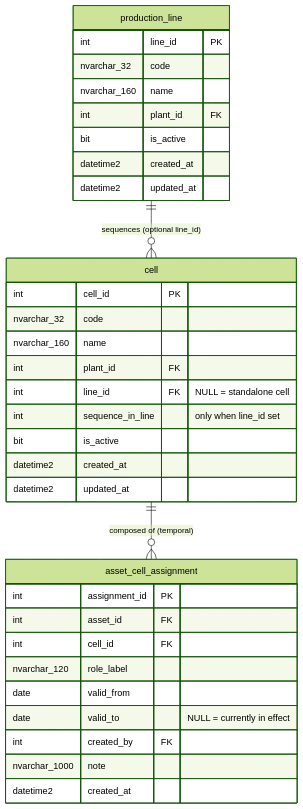
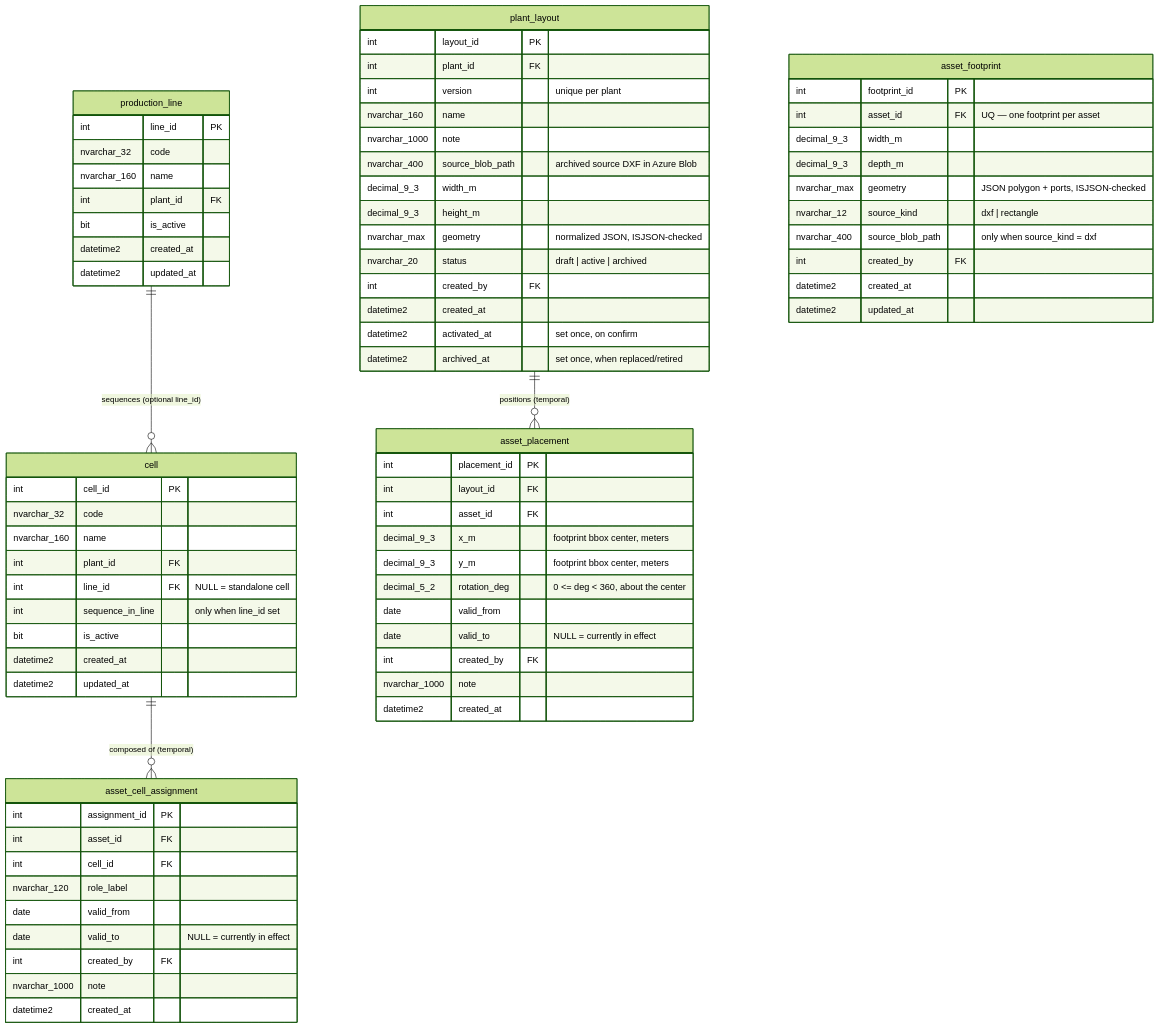
The diagram in docs/database/erd/production.md (AndresDRamos/EBI-WEB), drawn with Mermaid (forest theme) before and after one commit. The commit also changed other lines of this file and 9 other files, not shown here.

First line of the commit message:
docs(plans): cierra plan plant-layout-foundation

````diff
--- a/docs/database/erd/production.md
+++ b/docs/database/erd/production.md
@@ -46,8 +47,53 @@
         datetime2 created_at
     }
 
+    plant_layout {
+        int layout_id PK
+        int plant_id FK
+        int version "unique per plant"
+        nvarchar_160 name
+        nvarchar_1000 note
+        nvarchar_400 source_blob_path "archived source DXF in Azure Blob"
+        decimal_9_3 width_m
+        decimal_9_3 height_m
+        nvarchar_max geometry "normalized JSON, ISJSON-checked"
+        nvarchar_20 status "draft | active | archived"
+        int created_by FK
+        datetime2 created_at
+        datetime2 activated_at "set once, on confirm"
+        datetime2 archived_at "set once, when replaced/retired"
+    }
+
+    asset_footprint {
+        int footprint_id PK
+        int asset_id FK "UQ — one footprint per asset"
+        decimal_9_3 width_m
+        decimal_9_3 depth_m
+        nvarchar_max geometry "JSON polygon + ports, ISJSON-checked"
+        nvarchar_12 source_kind "dxf | rectangle"
+        nvarchar_400 source_blob_path "only when source_kind = dxf"
+        int created_by FK
+        datetime2 created_at
+        datetime2 updated_at
+    }
+
+    asset_placement {
+        int placement_id PK
+        int layout_id FK
+        int asset_id FK
+        decimal_9_3 x_m "footprint bbox center, meters"
+        decimal_9_3 y_m "footprint bbox center, meters"
+        decimal_5_2 rotation_deg "0 <= deg < 360, about the center"
+        date valid_from
+        date valid_to "NULL = currently in effect"
+        int created_by FK
+        nvarchar_1000 note
+        datetime2 created_at
+    }
+
     %% ── relationships ───────────────────────────────────────────────────────
 
     production_line ||--o{ cell : "sequences (optional line_id)"
     cell ||--o{ asset_cell_assignment : "composed of (temporal)"
+    plant_layout ||--o{ asset_placement : "positions (temporal)"
 ```
````
